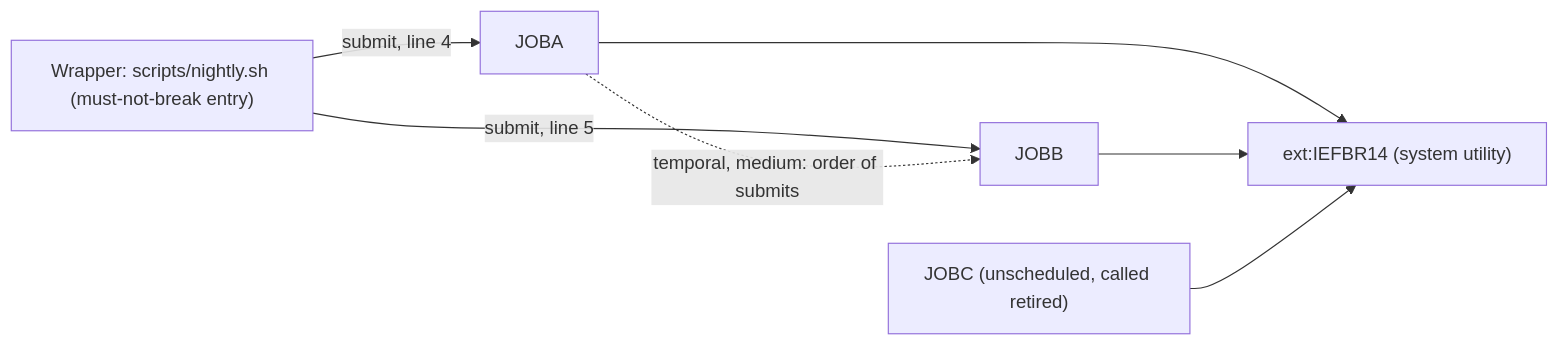
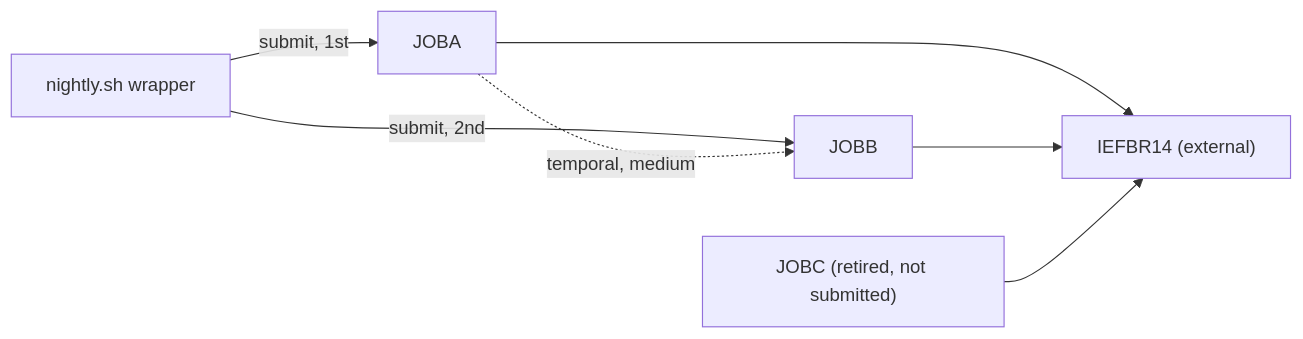
The diagram in evals/runs/10-temporal-shell/modernization-assessment/02-coupling.md (Sparq-Holding-Inc/claude-legacy-modernization), drawn with Mermaid before and after one commit. The commit also changed other lines of this file and 268 other files, not shown here.

````diff
--- a/evals/runs/10-temporal-shell/modernization-assessment/02-coupling.md
+++ b/evals/runs/10-temporal-shell/modernization-assessment/02-coupling.md
@@ -40,9 +17,10 @@
 ```mermaid
 graph LR
-  W["Wrapper: scripts/nightly.sh (must-not-break entry)"] -->|submit, line 4| A["JOBA"]
-  W -->|submit, line 5| B["JOBB"]
-  A -.->|temporal, medium: order of submits| B
-  A --> U["ext:IEFBR14 (system utility)"]
-  B --> U
-  C["JOBC (unscheduled, called retired)"] --> U
+  W["nightly.sh wrapper"] -->|"submit, 1st"| A["JOBA"]
+  W -->|"submit, 2nd"| B["JOBB"]
+  A -.->|"temporal, medium"| B
+  C["JOBC (retired, not submitted)"]
+  A --> X["IEFBR14 (external)"]
+  B --> X
+  C --> X
 ```
````
